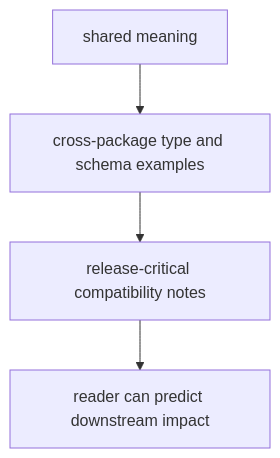
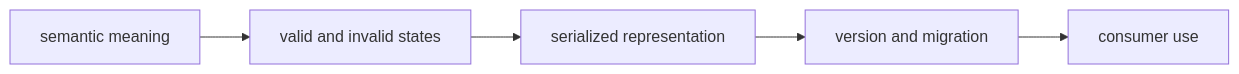
The diagram in docs/03-bijux-proteomics-foundation/quality/documentation-standards.md (bijux/bijux-proteomics), drawn with Mermaid before and after one commit. The commit also changed other lines of this file and 2 other files, not shown here.

Commit message:
docs(foundation): specify shared contract proof

````diff
--- a/docs/03-bijux-proteomics-foundation/quality/documentation-standards.md
+++ b/docs/03-bijux-proteomics-foundation/quality/documentation-standards.md
@@ -18,11 +31,7 @@
 ```mermaid
-flowchart TB
-    meaning["shared meaning"]
-    examples["cross-package type and schema examples"]
-    compatibility["release-critical compatibility notes"]
-    reader["reader can predict downstream impact"]
-
-    meaning --> examples
-    examples --> compatibility
-    compatibility --> reader
+flowchart LR
+    M["semantic meaning"] --> V["valid and invalid states"]
+    V --> J["serialized representation"]
+    J --> G["version and migration"]
+    G --> U["consumer use"]
 ```
````
